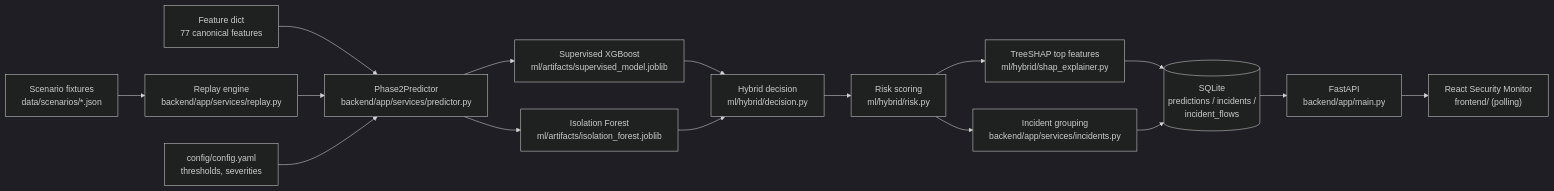
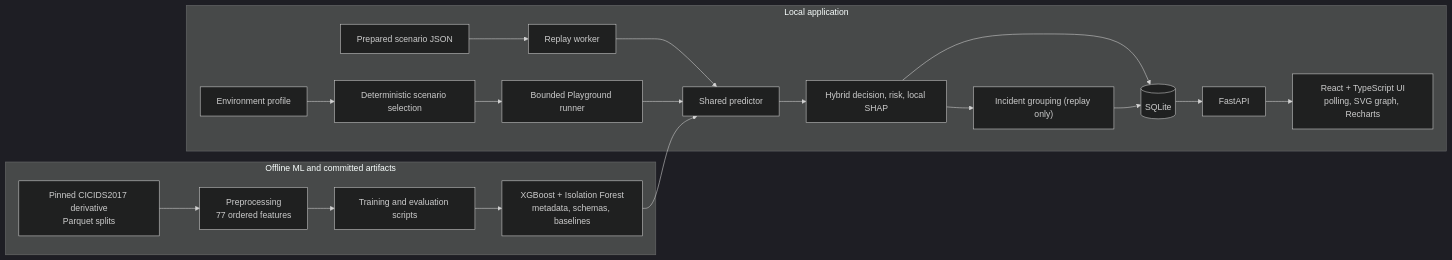
The diagram in README.md (Satvik-19/network_ids), drawn with Mermaid (dark theme) before and after one commit. The commit also changed other lines of this file and 20 other files, not shown here.

````diff
--- a/README.md
+++ b/README.md
@@ -106,18 +21,22 @@
 ```mermaid
 flowchart LR
-    S["Scenario fixtures<br/>data/scenarios/*.json"] --> R["Replay engine<br/>backend/app/services/replay.py"]
-    F["Feature dict<br/>77 canonical features"] --> P["Phase2Predictor<br/>backend/app/services/predictor.py"]
-    R --> P
-    P --> X["Supervised XGBoost<br/>ml/artifacts/supervised_model.joblib"]
-    P --> I["Isolation Forest<br/>ml/artifacts/isolation_forest.joblib"]
-    X --> H["Hybrid decision<br/>ml/hybrid/decision.py"]
-    I --> H
-    H --> RK["Risk scoring<br/>ml/hybrid/risk.py"]
-    RK --> SH["TreeSHAP top features<br/>ml/hybrid/shap_explainer.py"]
-    SH --> DB[("SQLite<br/>predictions / incidents /<br/>incident_flows")]
-    RK --> IC["Incident grouping<br/>backend/app/services/incidents.py"]
-    IC --> DB
-    DB --> API["FastAPI<br/>backend/app/main.py"]
-    CFG["config/config.yaml<br/>thresholds, severities"] --> P
-    API --> UI["React Security Monitor<br/>frontend/ (polling)"]
+  subgraph ML[Offline ML and committed artifacts]
+    DATA["Pinned CICIDS2017 derivative<br/>Parquet splits"] --> PREP["Preprocessing<br/>77 ordered features"]
+    PREP --> TRAIN["Training and evaluation scripts"]
+    TRAIN --> ART["XGBoost + Isolation Forest<br/>metadata, schemas, baselines"]
+  end
+  subgraph APP[Local application]
+    FIX["Prepared scenario JSON"] --> REPLAY["Replay worker"]
+    PROFILE["Environment profile"] --> SELECT["Deterministic scenario selection"]
+    SELECT --> PLAY["Bounded Playground runner"]
+    REPLAY --> PRED["Shared predictor"]
+    PLAY --> PRED
+    ART --> PRED
+    PRED --> DEC["Hybrid decision, risk, local SHAP"]
+    DEC --> GROUP["Incident grouping (replay only)"]
+    DEC --> DB[("SQLite")]
+    GROUP --> DB
+    DB --> API["FastAPI"]
+    API --> UI["React + TypeScript UI<br/>polling, SVG graph, Recharts"]
+  end
 ```
````
